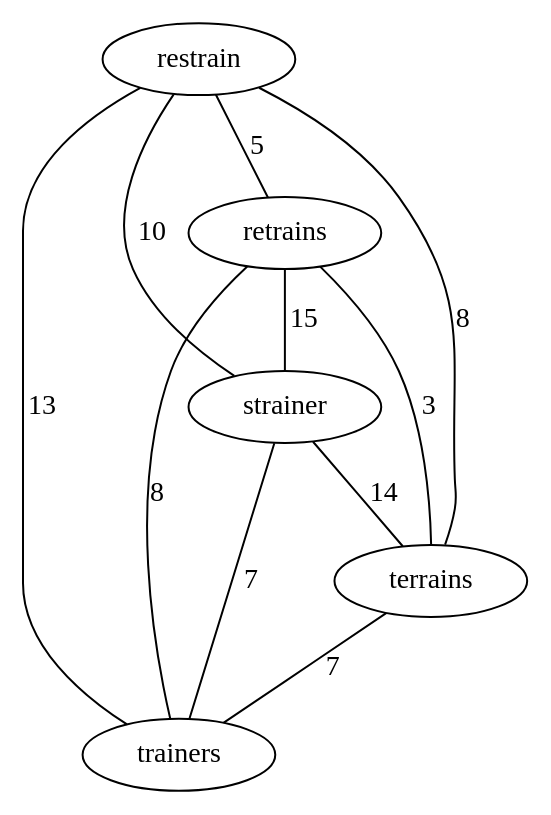
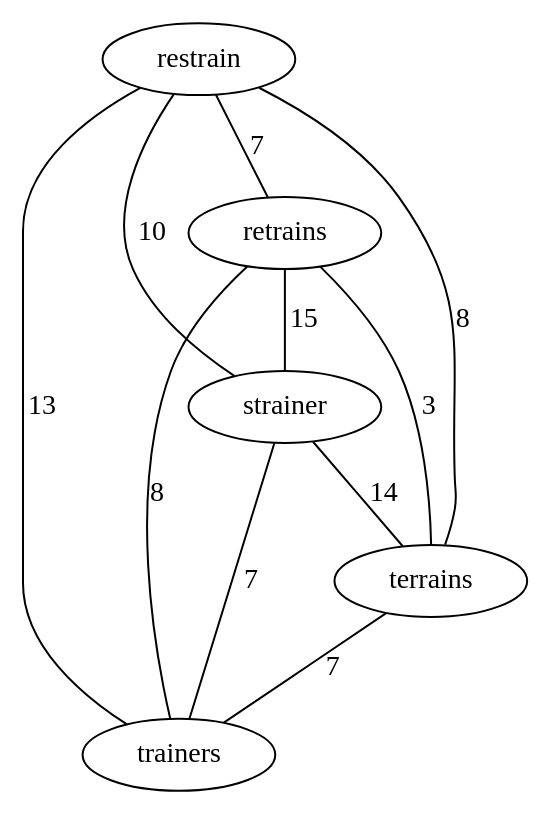
Before and after one commit to increpare/Galaktisches_Etymologieforschungsinstitut: the diagram in output/dot/EN_restrain.dot, drawn with Graphviz. The commit also changed 47 other files, not shown here.

```diff
--- a/output/dot/EN_restrain.dot
+++ b/output/dot/EN_restrain.dot
@@ -1,12 +1,12 @@
 graph {
-	restrain -- retrains [ label="5" ];
+	restrain -- retrains [ label="7" ];
 	restrain -- strainer [ label="10" ];
 	restrain -- terrains [ label="8" ];
 	restrain -- trainers [ label="13" ];
 	retrains -- strainer [ label="15" ];
 	retrains -- terrains [ label="3" ];
 	retrains -- trainers [ label="8" ];
 	strainer -- terrains [ label="14" ];
 	strainer -- trainers [ label="7" ];
 	terrains -- trainers [ label="7" ];
 }
```
